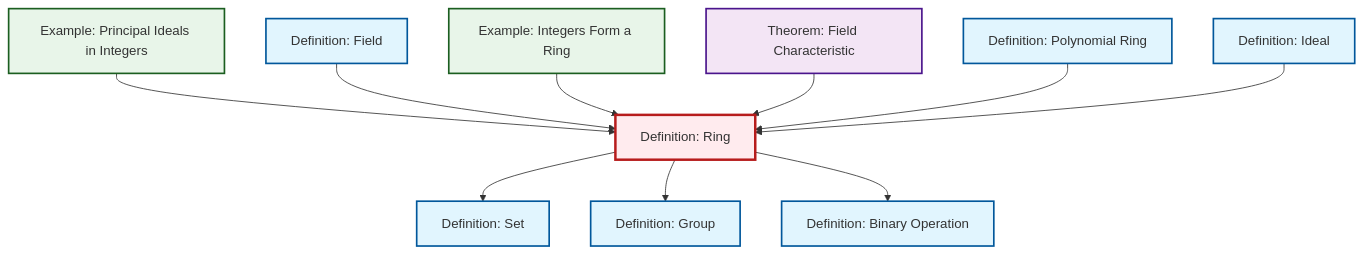
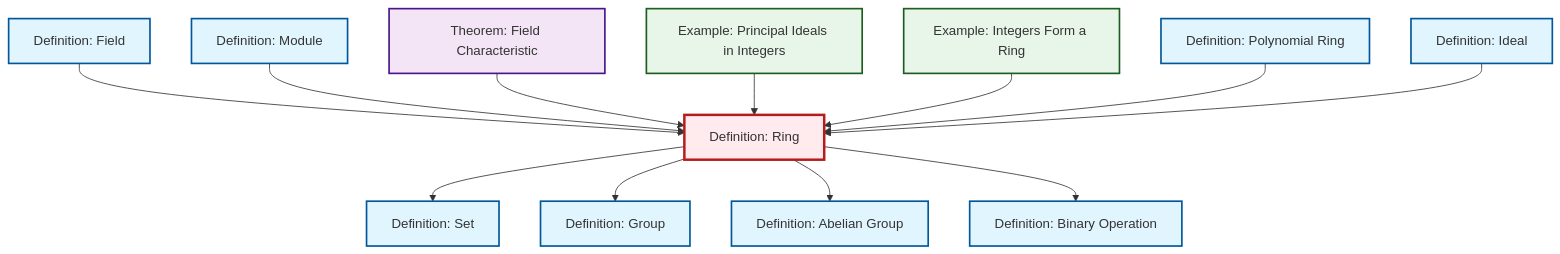
The diagram in content/ja/algebra/def-ring.qmd (RK0429/ModernMath), drawn with Mermaid before and after one commit. The commit also changed 474 other files, not shown here.

````diff
--- a/content/ja/algebra/def-ring.qmd
+++ b/content/ja/algebra/def-ring.qmd
@@ -62,38 +62,44 @@
 ```{mermaid}
 %%| fig-cap: "Local dependency graph"
 graph TD
     classDef definition fill:#e1f5fe,stroke:#01579b,stroke-width:2px
     classDef theorem fill:#f3e5f5,stroke:#4a148c,stroke-width:2px
     classDef axiom fill:#fff3e0,stroke:#e65100,stroke-width:2px
     classDef example fill:#e8f5e9,stroke:#1b5e20,stroke-width:2px
     classDef current fill:#ffebee,stroke:#b71c1c,stroke-width:3px
+    def-ideal["Definition: Ideal"]:::definition
+    def-field["Definition: Field"]:::definition
+    def-abelian-group["Definition: Abelian Group"]:::definition
     def-set["Definition: Set"]:::definition
+    def-polynomial-ring["Definition: Polynomial Ring"]:::definition
     def-ring["Definition: Ring"]:::definition
-    def-group["Definition: Group"]:::definition
-    def-field["Definition: Field"]:::definition
-    def-binary-operation["Definition: Binary Operation"]:::definition
-    thm-field-characteristic["Theorem: Field Characteristic"]:::theorem
     ex-principal-ideal["Example: Principal Ideals in Integers"]:::example
     ex-integers-ring["Example: Integers Form a Ring"]:::example
-    def-polynomial-ring["Definition: Polynomial Ring"]:::definition
-    def-ideal["Definition: Ideal"]:::definition
-    ex-principal-ideal --> def-ring
+    thm-field-characteristic["Theorem: Field Characteristic"]:::theorem
+    def-module["Definition: Module"]:::definition
+    def-group["Definition: Group"]:::definition
+    def-binary-operation["Definition: Binary Operation"]:::definition
     def-field --> def-ring
     def-ring --> def-set
+    def-module --> def-ring
     def-ring --> def-group
+    thm-field-characteristic --> def-ring
+    ex-principal-ideal --> def-ring
+    def-ring --> def-abelian-group
     ex-integers-ring --> def-ring
-    thm-field-characteristic --> def-ring
+    def-polynomial-ring --> def-ring
     def-ring --> def-binary-operation
-    def-polynomial-ring --> def-ring
     def-ideal --> def-ring
     class def-ring current
+    click def-ideal "def-ideal.html" "Definition: Idealへ"
+    click def-field "def-field.html" "Definition: Fieldへ"
+    click def-abelian-group "def-abelian-group.html" "Definition: Abelian Groupへ"
     click def-set "def-set.html" "Definition: Setへ"
-    click def-group "def-group.html" "Definition: Groupへ"
-    click def-field "def-field.html" "Definition: Fieldへ"
-    click def-binary-operation "def-binary-operation.html" "Definition: Binary Operationへ"
-    click thm-field-characteristic "thm-field-characteristic.html" "Theorem: Field Characteristicへ"
+    click def-polynomial-ring "def-polynomial-ring.html" "Definition: Polynomial Ringへ"
     click ex-principal-ideal "ex-principal-ideal.html" "Example: Principal Ideals in Integersへ"
     click ex-integers-ring "ex-integers-ring.html" "Example: Integers Form a Ringへ"
-    click def-polynomial-ring "def-polynomial-ring.html" "Definition: Polynomial Ringへ"
-    click def-ideal "def-ideal.html" "Definition: Idealへ"
+    click thm-field-characteristic "thm-field-characteristic.html" "Theorem: Field Characteristicへ"
+    click def-module "def-module.html" "Definition: Moduleへ"
+    click def-group "def-group.html" "Definition: Groupへ"
+    click def-binary-operation "def-binary-operation.html" "Definition: Binary Operationへ"
 ```
````
